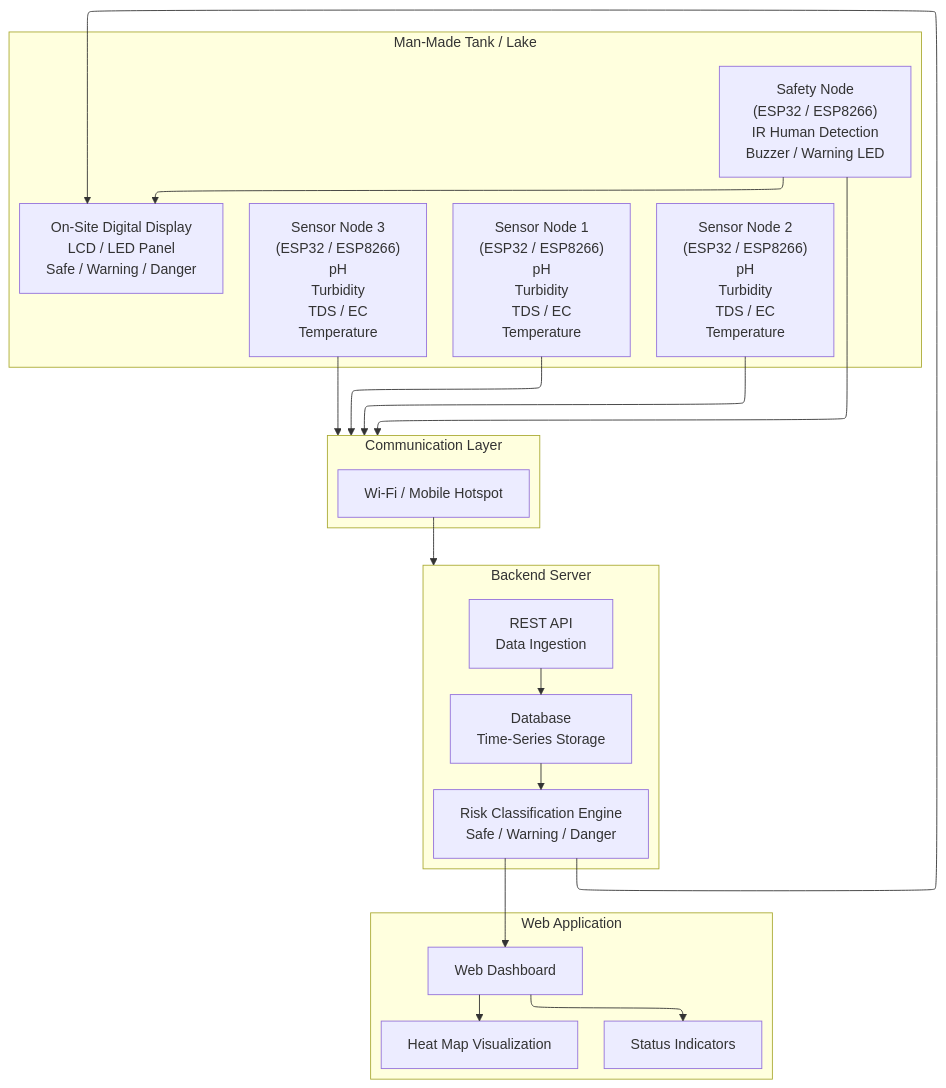
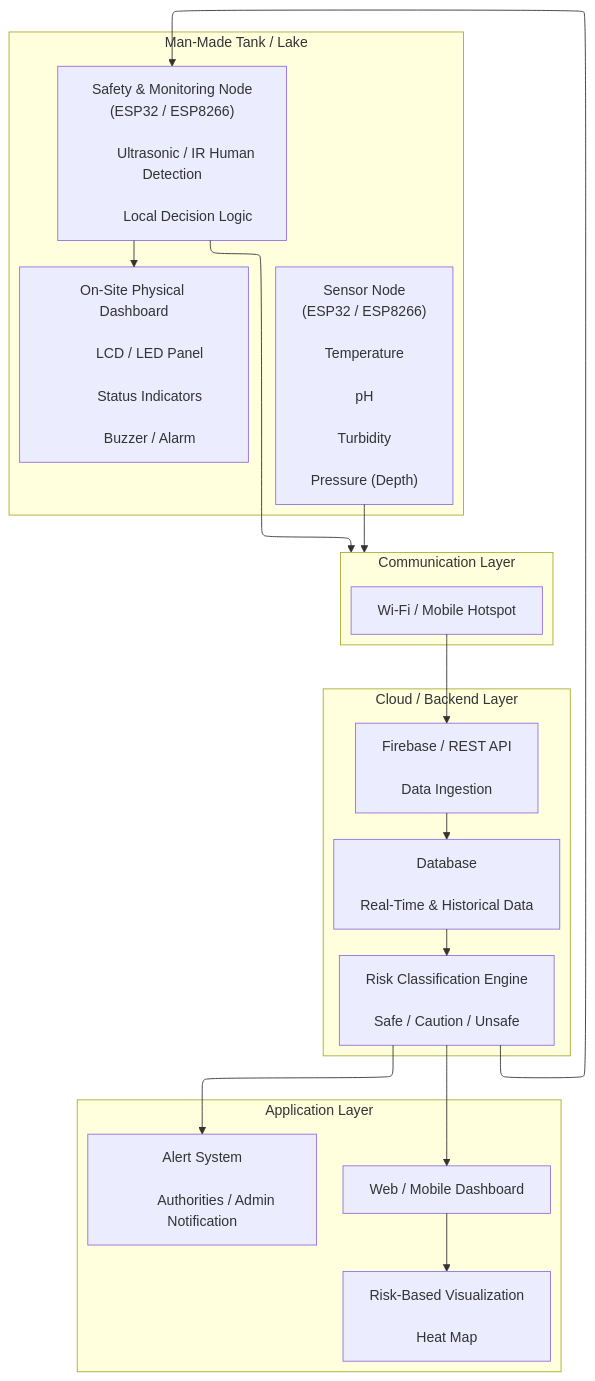
Before and after one commit to Poorna-Raj/iot-water-safety-system: the diagram in docs/assets/block-diagram.mmd, drawn with Mermaid. The commit also changed 1 other file, not shown here.

Commit message:
update the block diagram with more structure

```diff
--- a/docs/assets/block-diagram.mmd
+++ b/docs/assets/block-diagram.mmd
@@ -1,34 +1,45 @@
 ---
 config:
   layout: elk
 ---
 flowchart TB
  subgraph Water_Body["Man-Made Tank / Lake"]
-        N1["Sensor Node 1<br>(ESP32 / ESP8266)<br>pH<br>Turbidity<br>TDS / EC<br>Temperature"]
-        N2["Sensor Node 2<br>(ESP32 / ESP8266)<br>pH<br>Turbidity<br>TDS / EC<br>Temperature"]
-        N3["Sensor Node 3<br>(ESP32 / ESP8266)<br>pH<br>Turbidity<br>TDS / EC<br>Temperature"]
-        SAFETY["Safety Node<br>(ESP32 / ESP8266)<br>IR Human Detection<br>Buzzer / Warning LED"]
-        DISPLAY["On-Site Digital Display<br>LCD / LED Panel<br>Safe / Warning / Danger"]
+        N1["Sensor Node<br>(ESP32 / ESP8266)<br>
+        Temperature<br>
+        pH<br>
+        Turbidity<br>
+        Pressure (Depth)"]
+        SAFETY["Safety &amp; Monitoring Node<br>(ESP32 / ESP8266)<br>
+        Ultrasonic / IR Human Detection<br>
+        Local Decision Logic"]
+        DISPLAY["On-Site Physical Dashboard<br>
+        LCD / LED Panel<br>
+        Status Indicators<br>
+        Buzzer / Alarm"]
   end
  subgraph Network["Communication Layer"]
         WIFI["Wi-Fi / Mobile Hotspot"]
   end
- subgraph Backend["Backend Server"]
-        API["REST API<br>Data Ingestion"]
-        DB["Database<br>Time-Series Storage"]
-        LOGIC["Risk Classification Engine<br>Safe / Warning / Danger"]
+ subgraph Backend["Cloud / Backend Layer"]
+        API["Firebase / REST API<br>
+        Data Ingestion"]
+        DB["Database<br>
+        Real-Time &amp; Historical Data"]
+        LOGIC["Risk Classification Engine<br>
+        Safe / Caution / Unsafe"]
   end
- subgraph Application["Web Application"]
-        DASH["Web Dashboard"]
-        MAP["Heat Map Visualization"]
-        ALERT["Status Indicators"]
+ subgraph Application["Application Layer"]
+        DASH["Web / Mobile Dashboard"]
+        MAP["Risk-Based Visualization<br>
+        Heat Map"]
+        ALERT["Alert System<br>
+        Authorities / Admin Notification"]
   end
-    N1 --> Network
-    N2 --> Network
-    N3 --> Network
-    SAFETY --> Network & DISPLAY
-    WIFI --> Backend
+    SAFETY --> DISPLAY & Network
+    WIFI --> API
     API --> DB
     DB --> LOGIC
-    LOGIC --> DASH & DISPLAY
-    DASH --> MAP & ALERT
+    LOGIC --> DASH & ALERT
+    DASH --> MAP
+    N1 --> Network
+    LOGIC --> SAFETY
```
